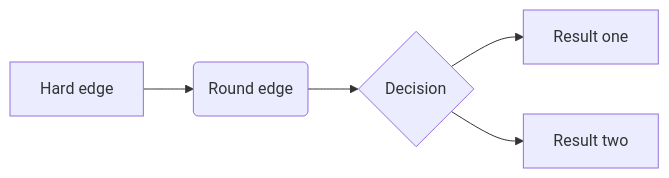
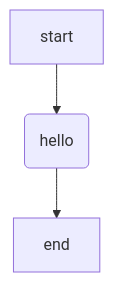
The diagram in src/assets/slides/budapest-ml-2025.Rmd (SpareCores/sc-www), drawn with Mermaid before and after one commit. The commit also changed other lines of this file and 2 other files, not shown here.

````diff
--- a/src/assets/slides/budapest-ml-2025.Rmd
+++ b/src/assets/slides/budapest-ml-2025.Rmd
@@ -352,8 +356,5 @@
 ```{mermaid}
-%%| mermaid-format: png
-flowchart LR
-  A[Hard edge] --> B(Round edge)
-  B --> C{Decision}
-  C --> D[Result one]
-  C --> E[Result two]
+flowchart TD
+    A[start] --> B(hello)
+    B --> C[end]
 ```
````
